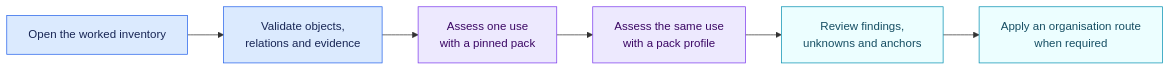
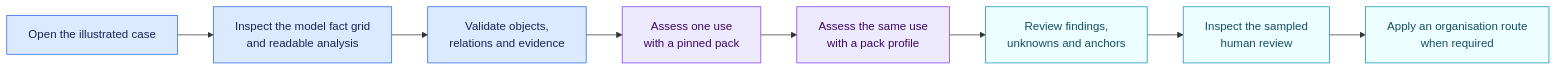
One commit to NickChaps/Open-AIRS changed the diagram in docs/en/quickstart.md. Above: the diagram before and after it, drawn with Mermaid. The commit also changed other lines of this file and 41 other files, not shown here.

Commit message:
feat: add auditable extraction and sampled review

````diff
--- a/docs/en/quickstart.md
+++ b/docs/en/quickstart.md
@@ -5,15 +5,17 @@
 ```mermaid
 flowchart LR
-    O["Open the worked inventory"] --> V["Validate objects,<br/>relations and evidence"]
+    O["Open the illustrated case"] --> X["Inspect the model fact grid<br/>and readable analysis"]
+    X --> V["Validate objects,<br/>relations and evidence"]
     V --> A["Assess one use<br/>with a pinned pack"]
     A --> P["Assess the same use<br/>with a pack profile"]
     P --> R["Review findings,<br/>unknowns and anchors"]
-    R --> W["Apply an organisation route<br/>when required"]
+    R --> H["Inspect the sampled<br/>human review"]
+    H --> W["Apply an organisation route<br/>when required"]
 
     classDef input fill:#dbeafe,stroke:#2563eb,color:#172554
     classDef engine fill:#ede9fe,stroke:#7c3aed,color:#3b0764
     classDef result fill:#ecfeff,stroke:#0891b2,color:#164e63
-    class O,V input
+    class O,X,V input
     class A,P engine
-    class R,W result
+    class R,H,W result
 ```
````
